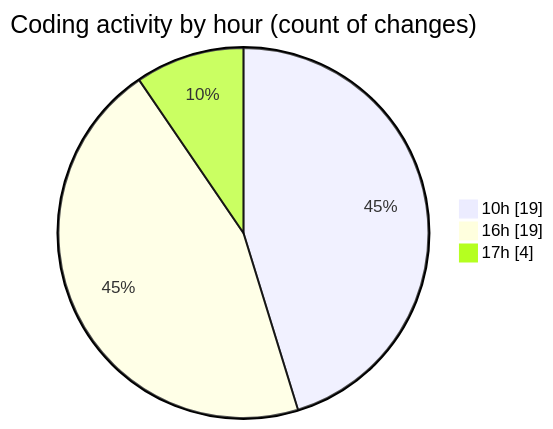
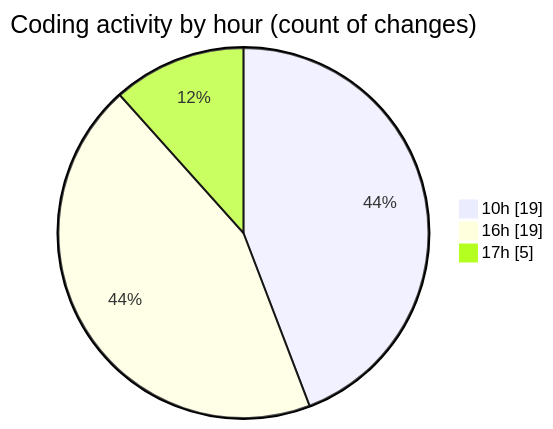
One commit to robertbonfada/code-tracking changed the second of 2 diagrams in 2025-01-20/mbc-web/README.md. Above: the diagram before and after it, drawn with Mermaid. The commit also changed other lines of this file and 1 other file, not shown here.

````diff
--- a/2025-01-20/mbc-web/README.md
+++ b/2025-01-20/mbc-web/README.md
@@ -43,7 +43,7 @@
 ```mermaid
 pie showData
 title Coding activity by hour (count of changes)
 "10h" : 19
 "16h" : 19
-"17h" : 4
+"17h" : 5
 ```
````
